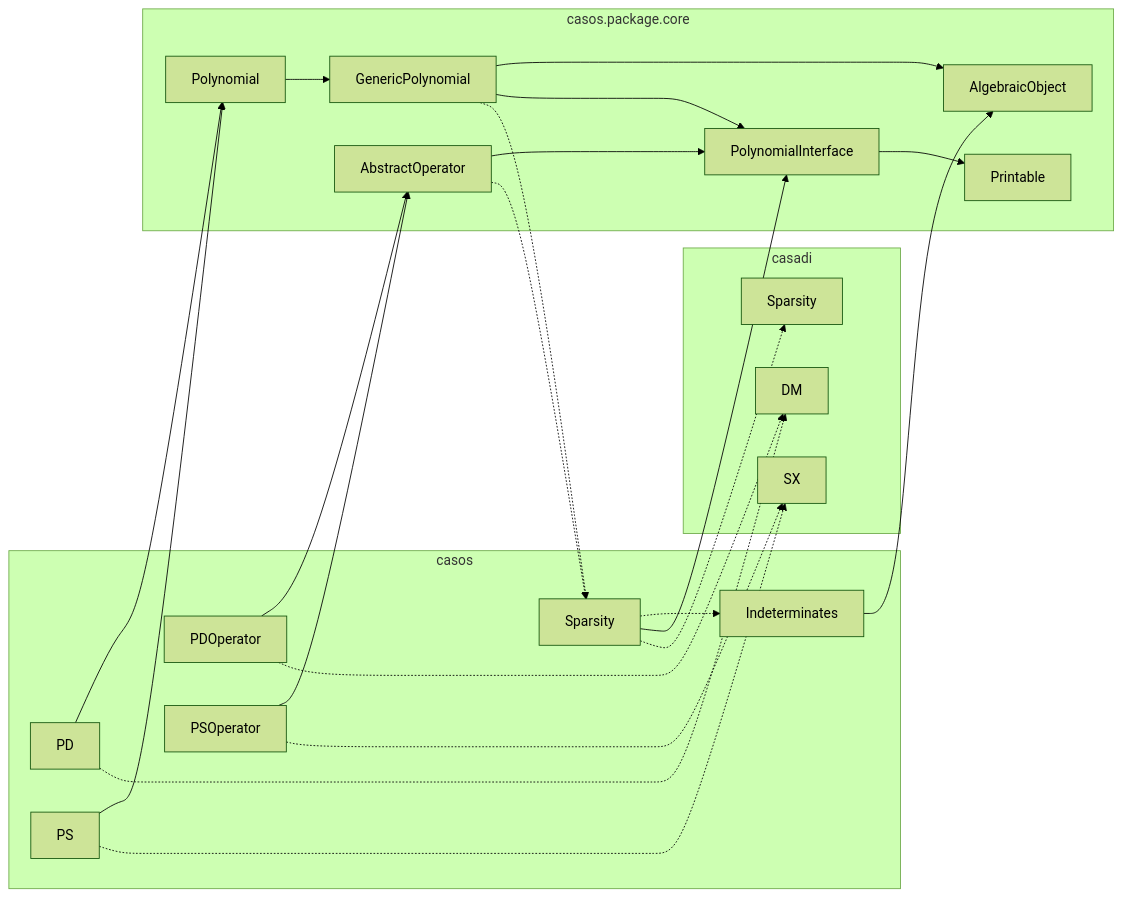
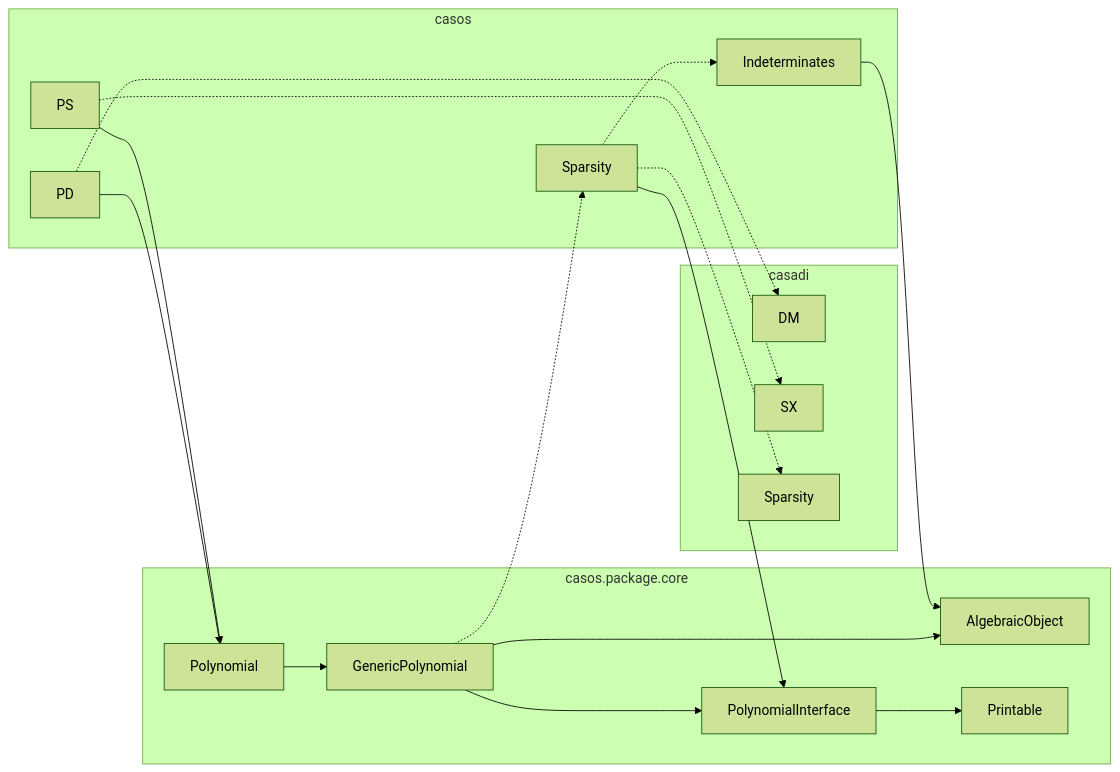
The first of 3 diagrams in +casos/+package/README.md (iFR-ACSO/casos), drawn with Mermaid (forest theme) before and after one commit. The commit also changed other lines of this file, not shown here.

````diff
--- a/+casos/+package/README.md
+++ b/+casos/+package/README.md
@@ -4,35 +4,27 @@
 ```mermaid
 flowchart LR
   subgraph casadi
     casadi.DM[DM]
     casadi.SX[SX]
     casadi.Sparsity[Sparsity]
   end
   subgraph casos
     casos.PD[PD]
     casos.PS[PS]
     casos.Sparsity[Sparsity] -.-> casos.Indeterminates[Indeterminates]
-    casos.PDOperator[PDOperator]
-    casos.PSOperator[PSOperator]
   end
   subgraph casos.package.core
     Polynomial --> GenericPolynomial
     GenericPolynomial --> AlgebraicObject
     GenericPolynomial --> PolynomialInterface
     PolynomialInterface --> Printable
-    AbstractOperator --> PolynomialInterface
   end
   casos.PD --> Polynomial
   casos.PD -.-> casadi.DM
   casos.PS --> Polynomial
   casos.PS -.-> casadi.SX
-  casos.PDOperator --> AbstractOperator
-  casos.PDOperator -.-> casadi.DM
-  casos.PSOperator --> AbstractOperator
-  casos.PSOperator -.-> casadi.SX
   casos.Sparsity --> PolynomialInterface
   casos.Sparsity -.-> casadi.Sparsity
   casos.Indeterminates --> AlgebraicObject
   GenericPolynomial -.-> casos.Sparsity
-  AbstractOperator -.-> casos.Sparsity
 ```
````
